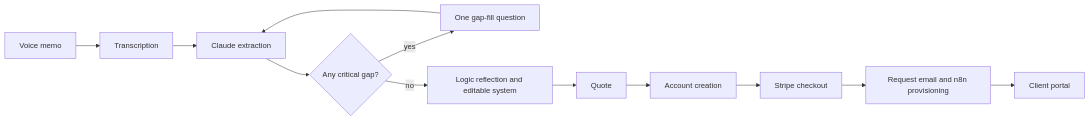
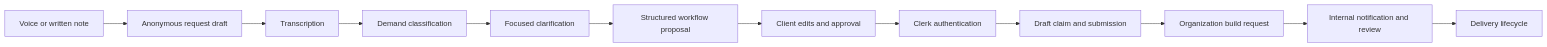
Before and after one commit to IcyeyeLOL/ajani-automation-client: the diagram in docs/architecture.md, drawn with Mermaid. The commit also changed other lines of this file and 2 other files, not shown here.

Commit message:
Document Ajani Flow product and architecture

````diff
--- a/docs/architecture.md
+++ b/docs/architecture.md
@@ -7,14 +9,14 @@
 ```mermaid
 flowchart LR
-  A[Voice memo] --> B[Transcription]
-  B --> C[Claude extraction]
-  C --> D{Any critical gap?}
-  D -- yes --> E[One gap-fill question]
-  E --> C
-  D -- no --> F[Logic reflection and editable system]
-  F --> G[Quote]
-  G --> H[Account creation]
-  H --> I[Stripe checkout]
-  I --> J[Request email and n8n provisioning]
-  J --> K[Client portal]
+  A[Voice or written note] --> B[Anonymous request draft]
+  B --> C[Transcription]
+  C --> D[Demand classification]
+  D --> E[Focused clarification]
+  E --> F[Structured workflow proposal]
+  F --> G[Client edits and approval]
+  G --> H[Clerk authentication]
+  H --> I[Draft claim and submission]
+  I --> J[Organization build request]
+  J --> K[Internal notification and review]
+  K --> L[Delivery lifecycle]
 ```
````
